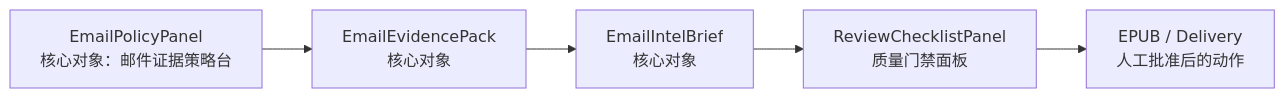
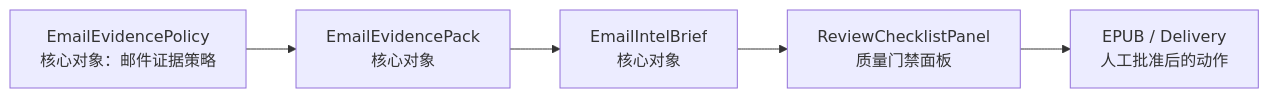
Before and after one commit to arlishansenn/podsum: the diagram in plans/podsum-email-workbench-gui-spec.md, drawn with Mermaid. The commit also changed other lines of this file and 6 other files, not shown here.

````diff
--- a/plans/podsum-email-workbench-gui-spec.md
+++ b/plans/podsum-email-workbench-gui-spec.md
@@ -35,7 +35,7 @@
 ```mermaid
 flowchart LR
-  P["EmailPolicyPanel<br/>核心对象：邮件证据策略台"] --> E["EmailEvidencePack<br/>核心对象"]
+  P["EmailEvidencePolicy<br/>核心对象：邮件证据策略"] --> E["EmailEvidencePack<br/>核心对象"]
   E --> B["EmailIntelBrief<br/>核心对象"]
   B --> R["ReviewChecklistPanel<br/>质量门禁面板"]
   R --> X["EPUB / Delivery<br/>人工批准后的动作"]
 ```
````
